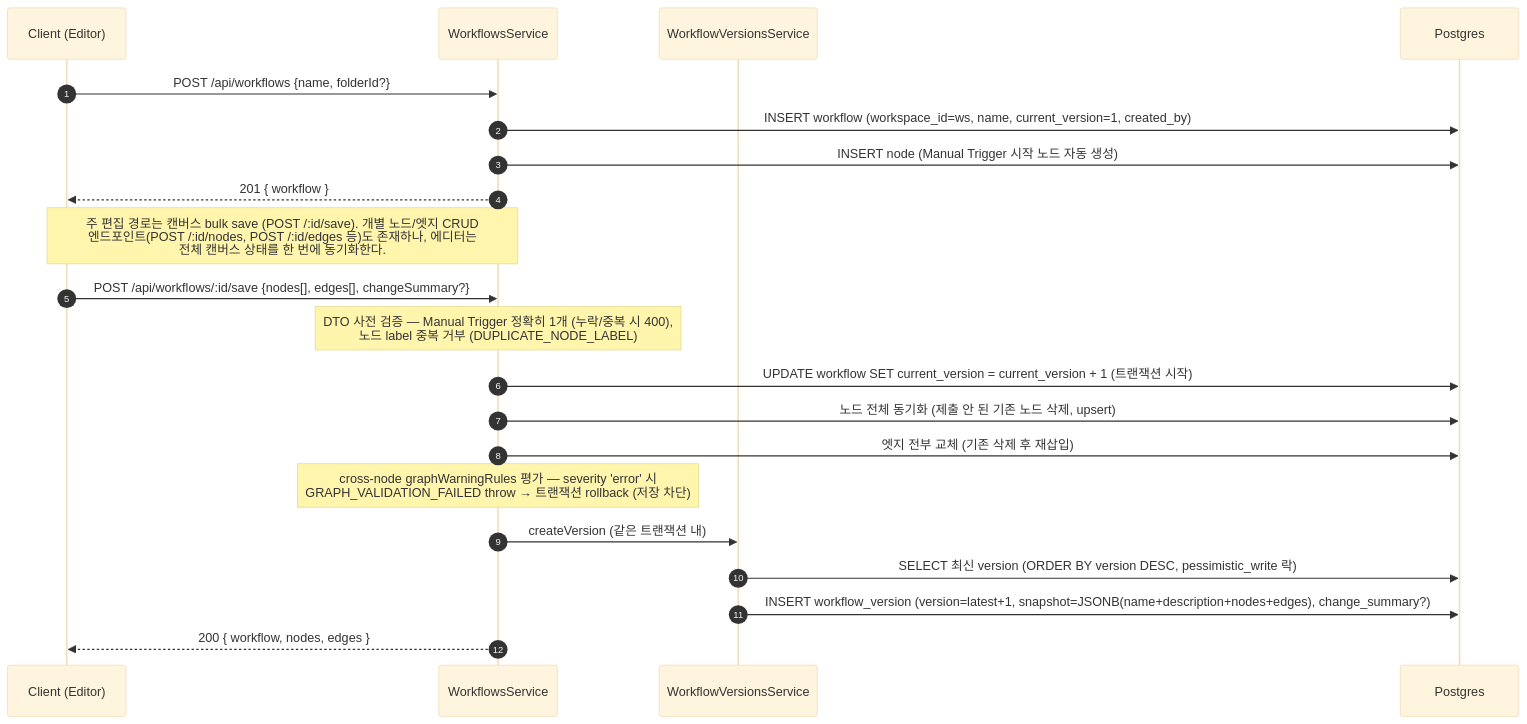
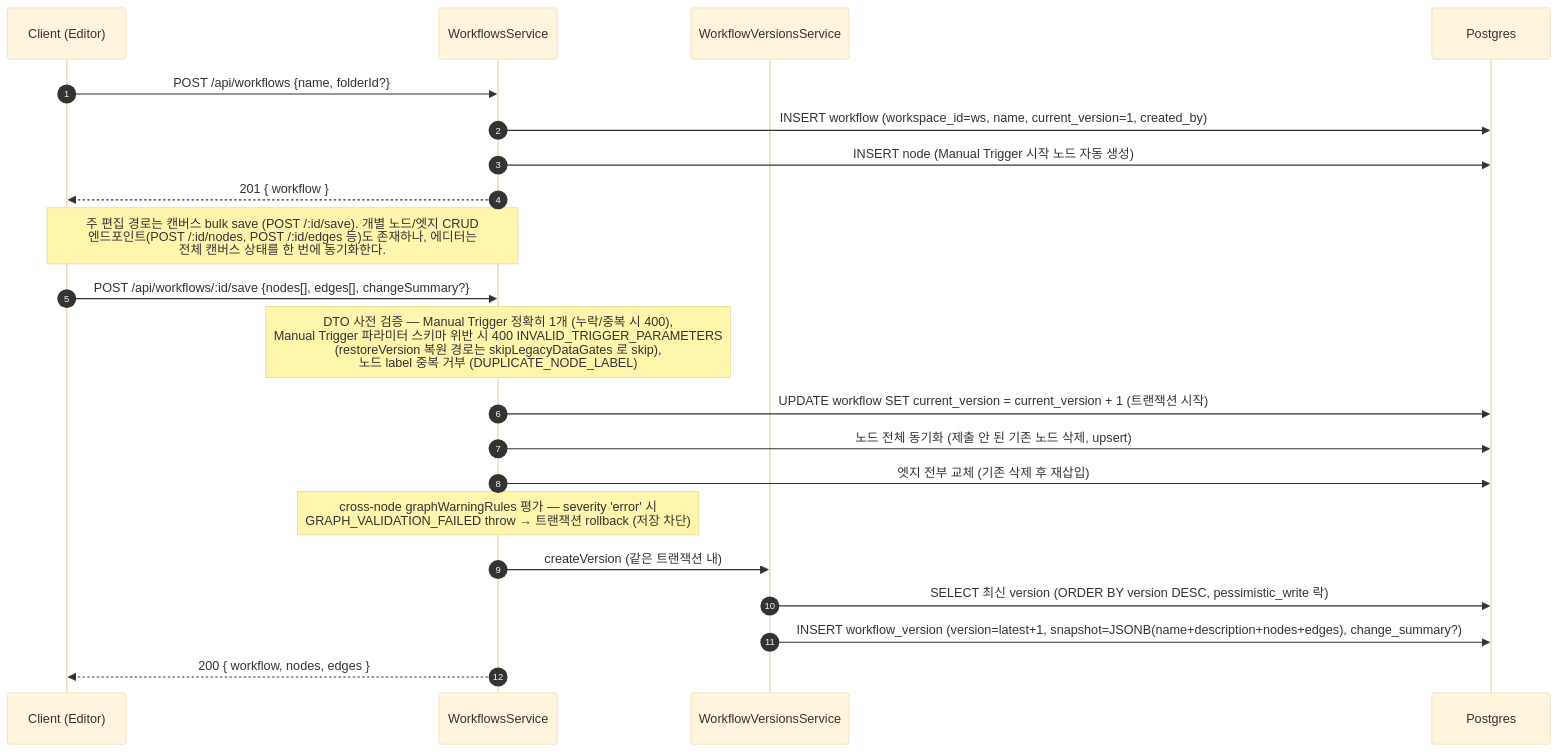
Before and after one commit to worker-ants/clemvion: the first of 3 diagrams in spec/data-flow/11-workflow.md, drawn with Mermaid (base theme). The commit also changed 11 other files, not shown here.

First line of the commit message:
docs(spec): manual-trigger 저장 시점 파라미터 스키마 검증 문서 정합 (#932)

````diff
--- a/spec/data-flow/11-workflow.md
+++ b/spec/data-flow/11-workflow.md
@@ -29,26 +29,26 @@
 ```mermaid
 sequenceDiagram
   autonumber
   participant C as Client (Editor)
   participant Wf as WorkflowsService
   participant Ver as WorkflowVersionsService
   participant PG as Postgres
 
   C->>Wf: POST /api/workflows {name, folderId?}
   Wf->>PG: INSERT workflow (workspace_id=ws, name, current_version=1, created_by)
   Wf->>PG: INSERT node (Manual Trigger 시작 노드 자동 생성)
   Wf-->>C: 201 { workflow }
 
   Note over C,Wf: 주 편집 경로는 캔버스 bulk save (POST /:id/save). 개별 노드/엣지 CRUD<br/>엔드포인트(POST /:id/nodes, POST /:id/edges 등)도 존재하나, 에디터는<br/>전체 캔버스 상태를 한 번에 동기화한다.
 
   C->>Wf: POST /api/workflows/:id/save {nodes[], edges[], changeSummary?}
-  Note over Wf: DTO 사전 검증 — Manual Trigger 정확히 1개 (누락/중복 시 400),<br/>노드 label 중복 거부 (DUPLICATE_NODE_LABEL)
+  Note over Wf: DTO 사전 검증 — Manual Trigger 정확히 1개 (누락/중복 시 400),<br/>Manual Trigger 파라미터 스키마 위반 시 400 INVALID_TRIGGER_PARAMETERS<br/>(restoreVersion 복원 경로는 skipLegacyDataGates 로 skip),<br/>노드 label 중복 거부 (DUPLICATE_NODE_LABEL)
   Wf->>PG: UPDATE workflow SET current_version = current_version + 1 (트랜잭션 시작)
   Wf->>PG: 노드 전체 동기화 (제출 안 된 기존 노드 삭제, upsert)
   Wf->>PG: 엣지 전부 교체 (기존 삭제 후 재삽입)
   Note over Wf: cross-node graphWarningRules 평가 — severity 'error' 시<br/>GRAPH_VALIDATION_FAILED throw → 트랜잭션 rollback (저장 차단)
   Wf->>Ver: createVersion (같은 트랜잭션 내)
   Ver->>PG: SELECT 최신 version (ORDER BY version DESC, pessimistic_write 락)
   Ver->>PG: INSERT workflow_version (version=latest+1, snapshot=JSONB(name+description+nodes+edges), change_summary?)
   Wf-->>C: 200 { workflow, nodes, edges }
 ```
````
